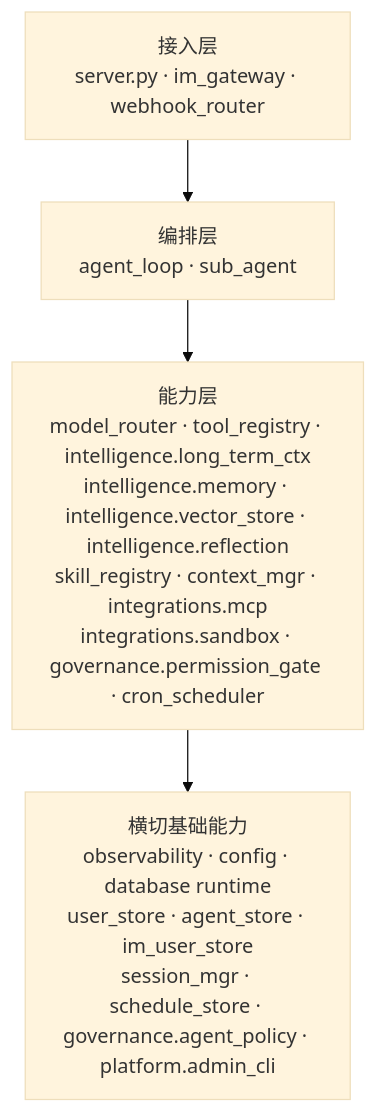
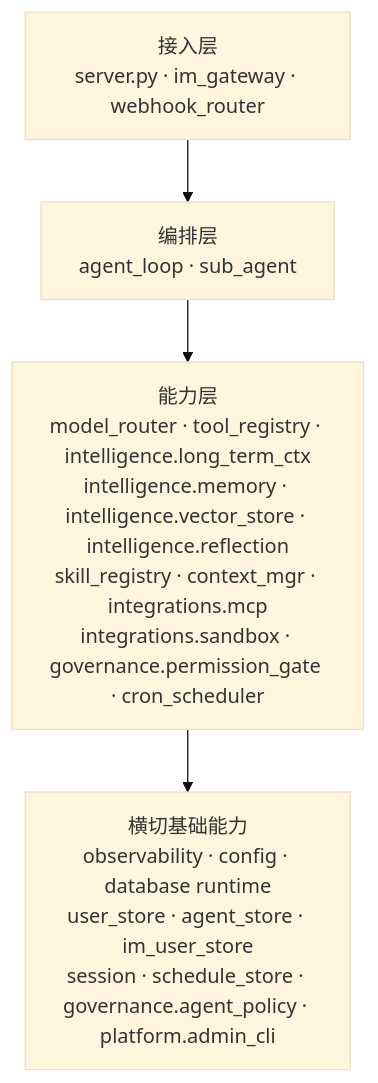
The first of 5 diagrams in docs/architecture.md (Summy2104/fleetent), drawn with Mermaid (base theme) before and after one commit. The commit also changed other lines of this file and 25 other files, not shown here.

````diff
--- a/docs/architecture.md
+++ b/docs/architecture.md
@@ -17,9 +17,9 @@
 ```mermaid
 graph TD
     A["接入层\nserver.py · im_gateway · webhook_router"]
     B["编排层\nagent_loop · sub_agent"]
     C["能力层\nmodel_router · tool_registry · intelligence.long_term_ctx\nintelligence.memory · intelligence.vector_store · intelligence.reflection\nskill_registry · context_mgr · integrations.mcp\nintegrations.sandbox · governance.permission_gate · cron_scheduler"]
-    D["横切基础能力\nobservability · config · database runtime\nuser_store · agent_store · im_user_store\nsession_mgr · schedule_store · governance.agent_policy · platform.admin_cli"]
+    D["横切基础能力\nobservability · config · database runtime\nuser_store · agent_store · im_user_store\nsession · schedule_store · governance.agent_policy · platform.admin_cli"]
 
     A --> B --> C --> D
 ```
````
